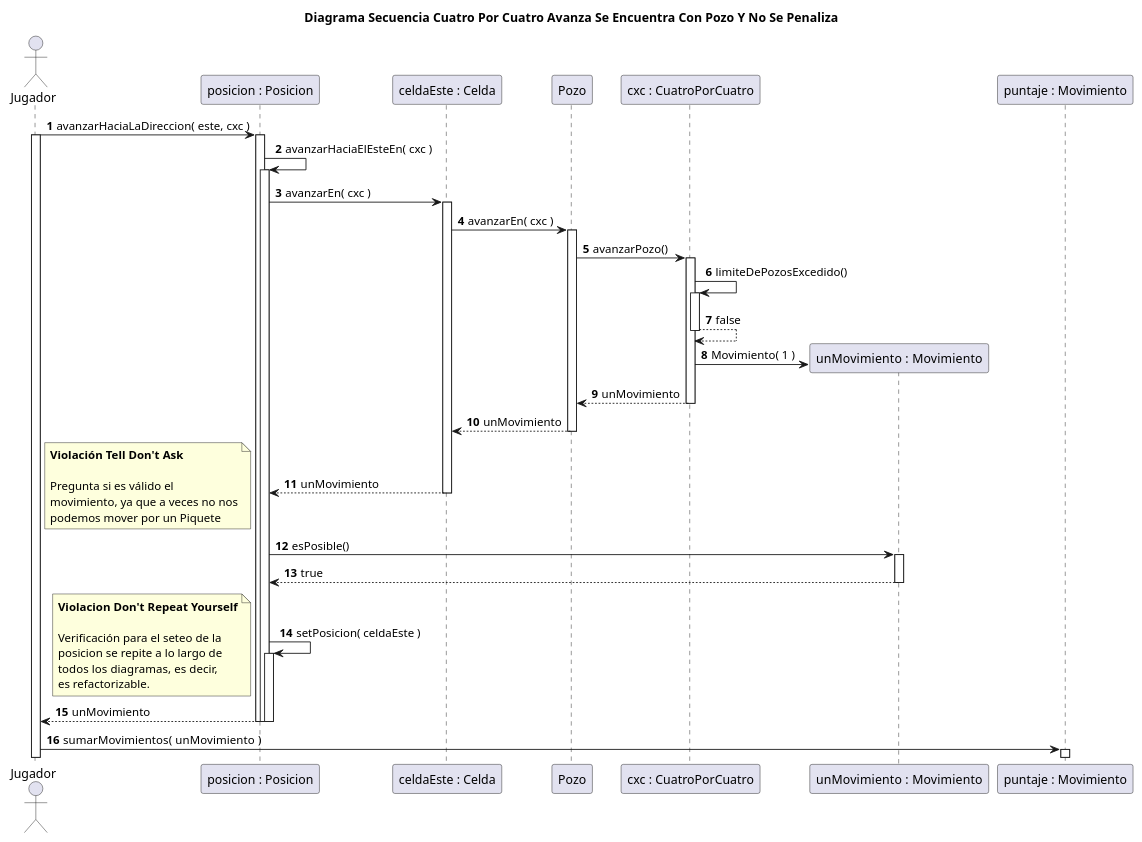
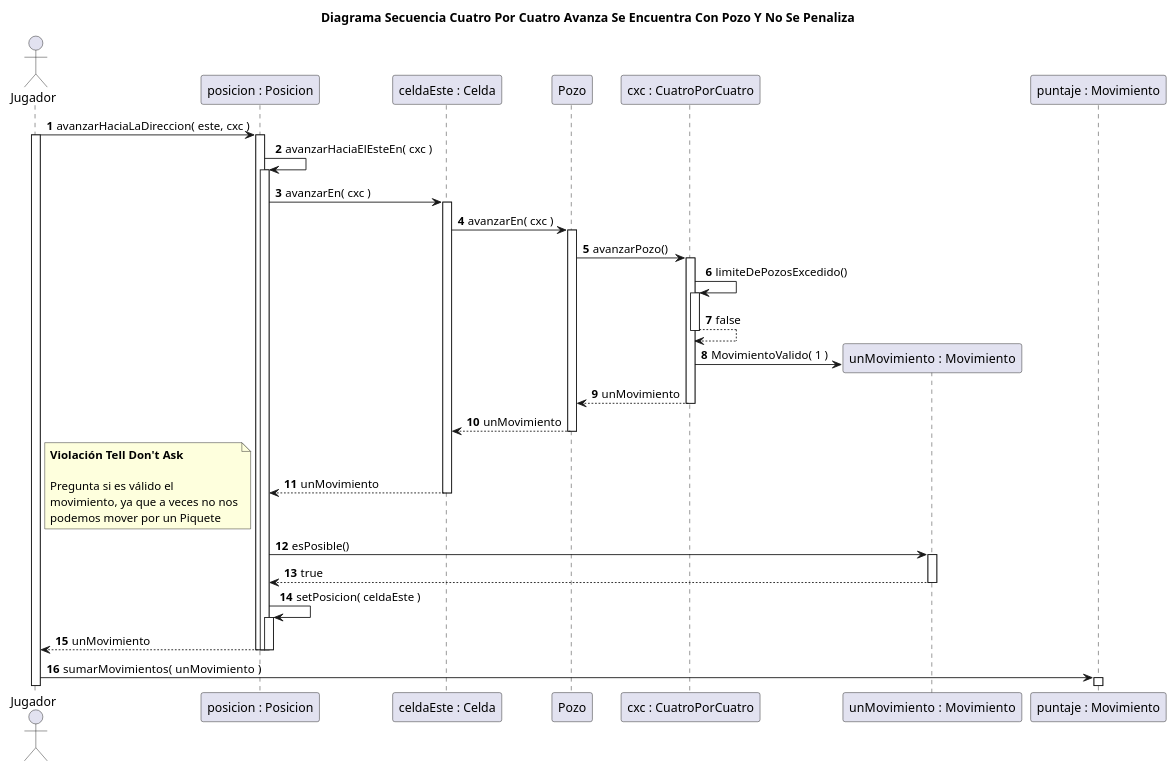
One commit to rodrigovzq/algo3_tp2 changed the diagram in diagrams/borradores/DiagramaSecuenciaCasoConPozoEnCuatroPorCuatro.puml. Above: the diagram before and after it, drawn with PlantUML. The commit also changed 6 other files, not shown here.

Commit message:
Actualizacion de los diagramas

```diff
--- a/diagrams/borradores/DiagramaSecuenciaCasoConPozoEnCuatroPorCuatro.puml
+++ b/diagrams/borradores/DiagramaSecuenciaCasoConPozoEnCuatroPorCuatro.puml
@@ -1,55 +1,48 @@
 @startuml
 title Diagrama Secuencia Cuatro Por Cuatro Avanza Se Encuentra Con Pozo Y No Se Penaliza
 
 autonumber
 
 actor Jugador
 
 Jugador -> "posicion : Posicion"++: avanzarHaciaLaDireccion( este, cxc )
 
 activate Jugador
 "posicion : Posicion" -> "posicion : Posicion"++: avanzarHaciaElEsteEn( cxc )
 
 "posicion : Posicion" -> "celdaEste : Celda"++: avanzarEn( cxc )
 
 "celdaEste : Celda" -> Pozo++: avanzarEn( cxc )
 Pozo -> "cxc : CuatroPorCuatro"++: avanzarPozo()
 "cxc : CuatroPorCuatro" -> "cxc : CuatroPorCuatro"++: limiteDePozosExcedido()
 "cxc : CuatroPorCuatro" --> "cxc : CuatroPorCuatro"--: false
 create "unMovimiento  : Movimiento"
-"cxc : CuatroPorCuatro" -> "unMovimiento  : Movimiento": Movimiento( 1 )
+"cxc : CuatroPorCuatro" -> "unMovimiento  : Movimiento": MovimientoValido( 1 )
 "cxc : CuatroPorCuatro" --> Pozo: unMovimiento
 deactivate "cxc : CuatroPorCuatro"
 Pozo --> "celdaEste : Celda": unMovimiento 
 deactivate Pozo
 "celdaEste : Celda" --> "posicion : Posicion": unMovimiento 
 deactivate "celdaEste : Celda"
 
 note left
 **Violación Tell Don't Ask**
 
 Pregunta si es válido el
 movimiento, ya que a veces no nos
 podemos mover por un Piquete
 end note
+
 "unMovimiento  : Movimiento" <- "posicion : Posicion"++: esPosible()
 "unMovimiento  : Movimiento" --> "posicion : Posicion": true
 deactivate "unMovimiento  : Movimiento"
 "posicion : Posicion" -> "posicion : Posicion"++: setPosicion( celdaEste )
 
-note left
-**Violacion Don't Repeat Yourself**
-
-Verificación para el seteo de la
-posicion se repite a lo largo de
-todos los diagramas, es decir,
-es refactorizable.
-end note
 
 "posicion : Posicion" --> Jugador--: unMovimiento
 deactivate "posicion : Posicion"
 deactivate "posicion : Posicion"
 
 Jugador -> "puntaje : Movimiento"++: sumarMovimientos( unMovimiento  )
 
 @enduml
```
